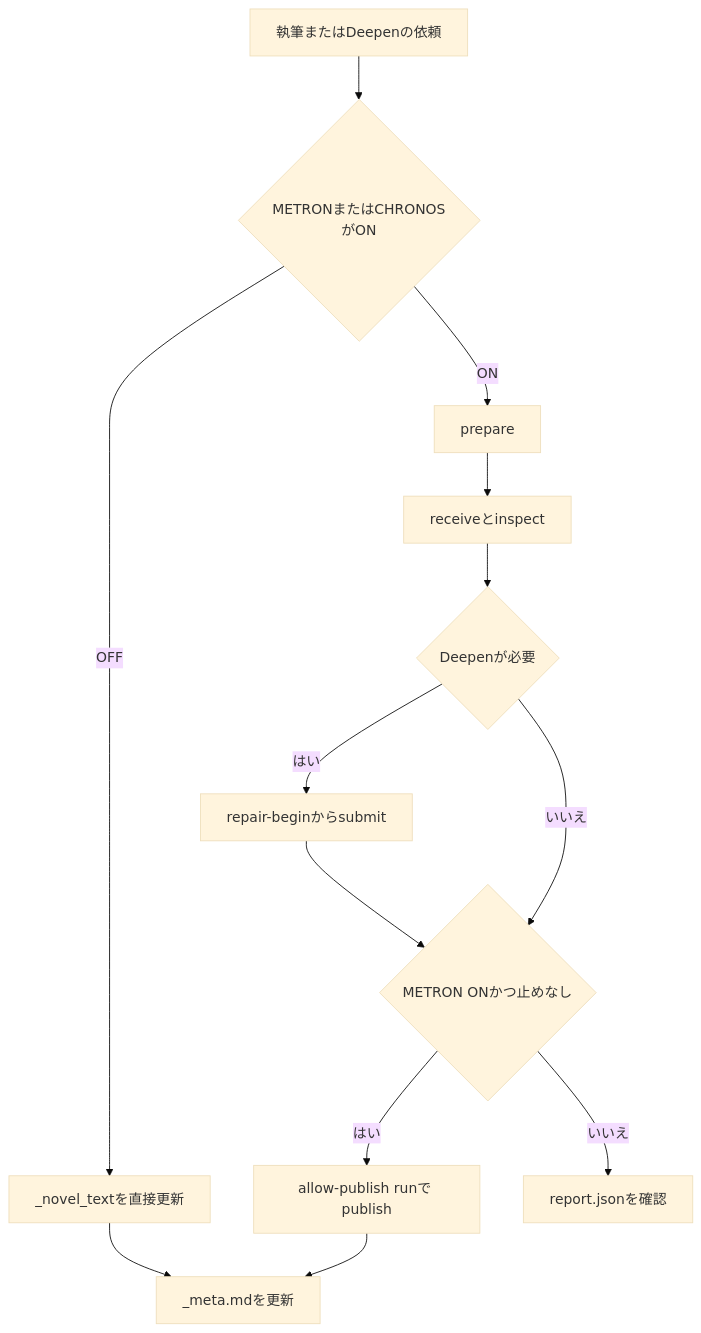
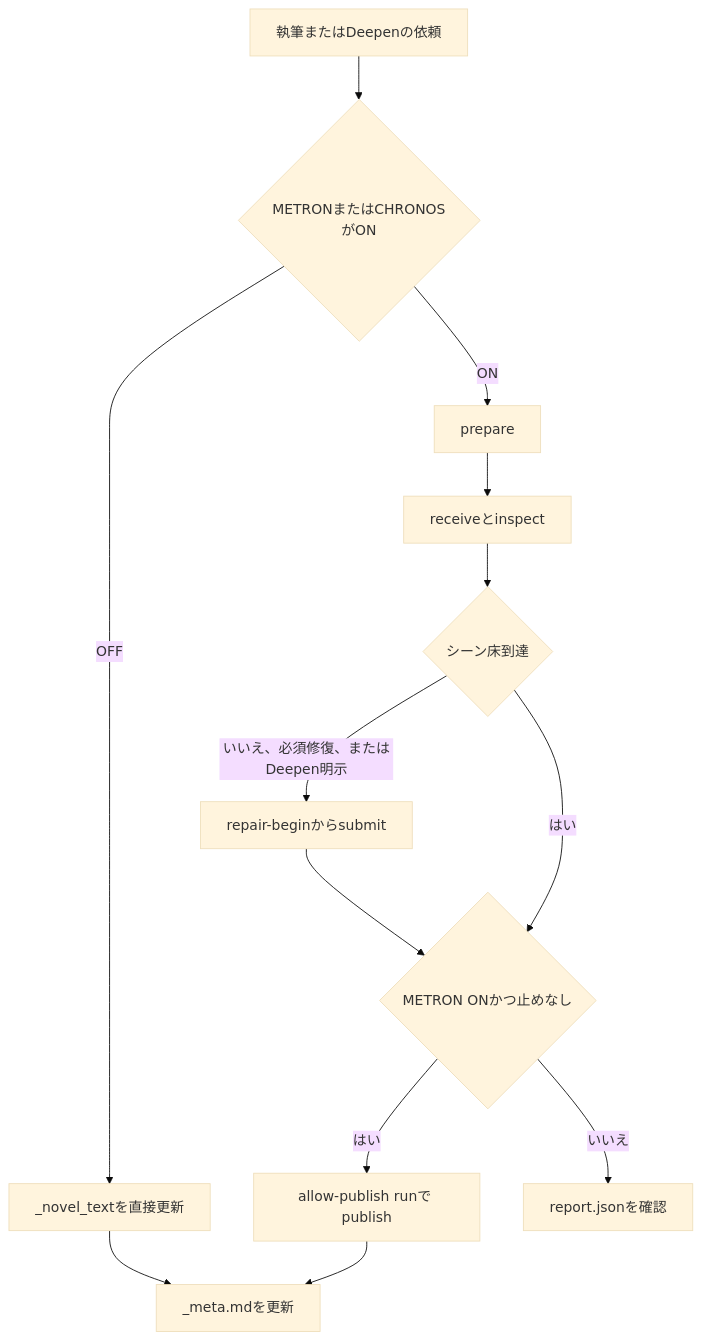
One commit to kavao/monogatari-coach changed the diagram in docs/architecture/writing-bridge.md. Above: the diagram before and after it, drawn with Mermaid (base theme). The commit also changed other lines of this file and 25 other files, not shown here.

````diff
--- a/docs/architecture/writing-bridge.md
+++ b/docs/architecture/writing-bridge.md
@@ -93,15 +142,15 @@
 ```mermaid
 flowchart TD
     Request[執筆またはDeepenの依頼] --> Flags{METRONまたはCHRONOSがON}
     Flags -->|OFF| Direct[_novel_textを直接更新]
     Flags -->|ON| Prepare[prepare]
     Prepare --> Receive[receiveとinspect]
-    Receive --> Repair{Deepenが必要}
-    Repair -->|はい| Jobs[repair-beginからsubmit]
-    Repair -->|いいえ| MetronPub{METRON ONかつ止めなし}
+    Receive --> Floor{シーン床到達}
+    Floor -->|いいえ、必須修復、またはDeepen明示| Jobs[repair-beginからsubmit]
+    Floor -->|はい| MetronPub{METRON ONかつ止めなし}
     Jobs --> MetronPub
     MetronPub -->|はい| Publish[allow-publish runで publish]
     MetronPub -->|いいえ| Report[report.jsonを確認]
     Publish --> Meta[_meta.mdを更新]
     Direct --> Meta
 ```
````
